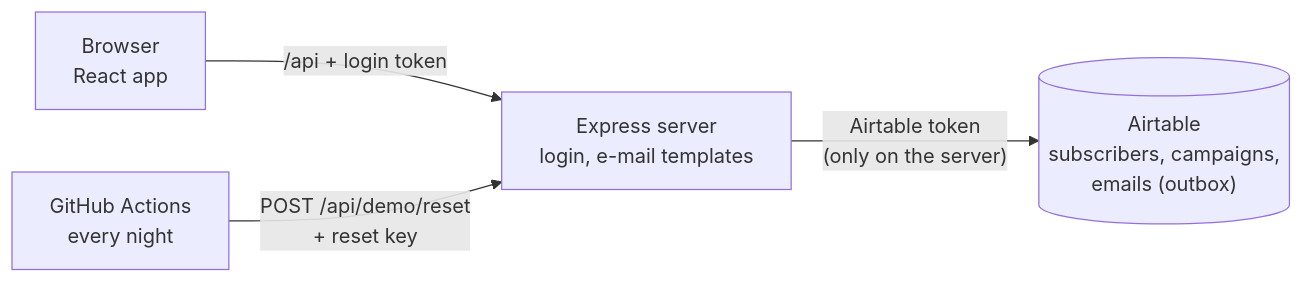
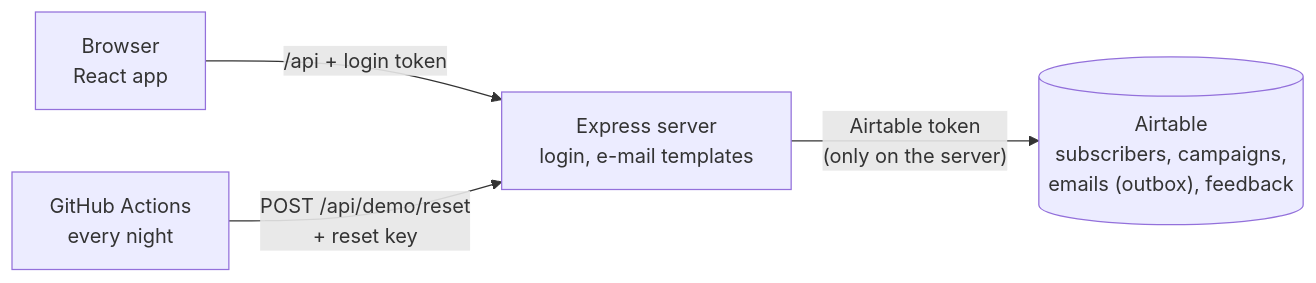
One commit to SzymonRojek/email-campaign-react-airtable changed the diagram in README.md. Above: the diagram before and after it, drawn with Mermaid. The commit also changed other lines of this file and 23 other files, not shown here.

First line of the commit message:
Feedback from reviewers: login page, Feedback page, moderated in Airtable

````diff
--- a/README.md
+++ b/README.md
@@ -69,6 +74,6 @@
 ```mermaid
 flowchart LR
   B["Browser<br/>React app"] -- "/api + login token" --> S["Express server<br/>login, e-mail templates"]
-  S -- "Airtable token<br/>(only on the server)" --> A[("Airtable<br/>subscribers, campaigns,<br/>emails (outbox)")]
+  S -- "Airtable token<br/>(only on the server)" --> A[("Airtable<br/>subscribers, campaigns,<br/>emails (outbox), feedback")]
   G["GitHub Actions<br/>every night"] -- "POST /api/demo/reset<br/>+ reset key" --> S
 ```
````
